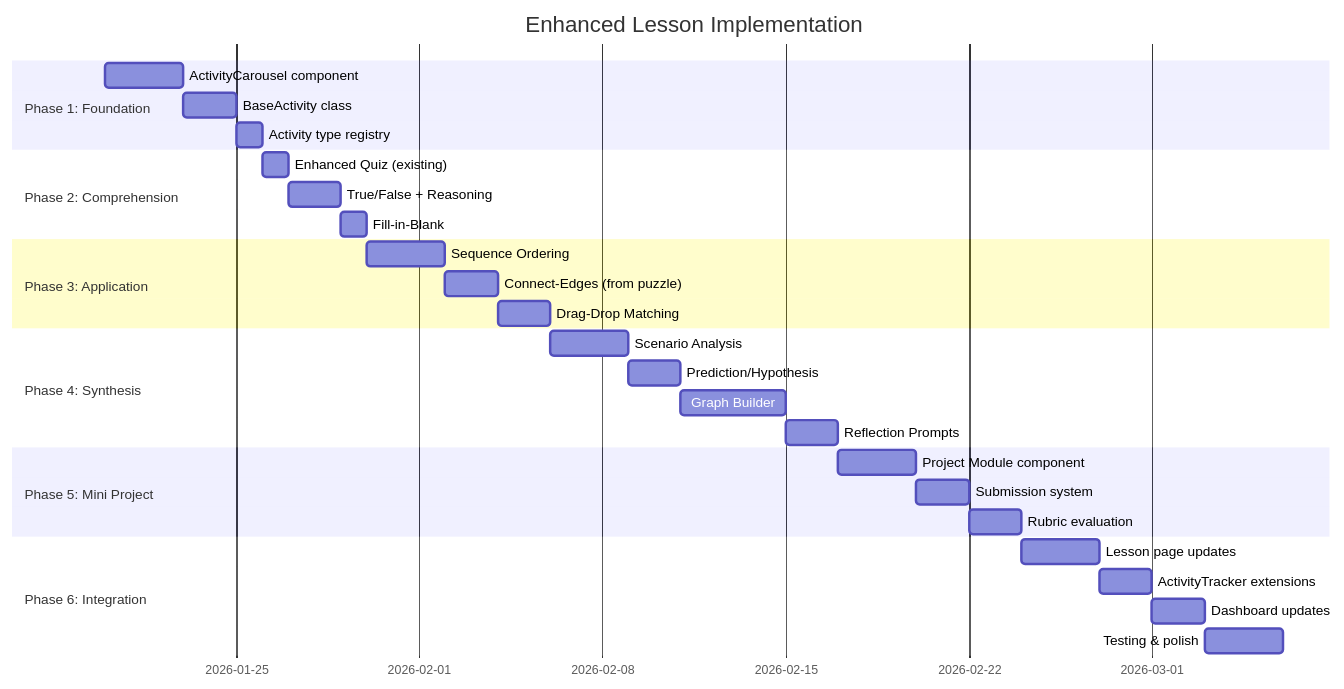
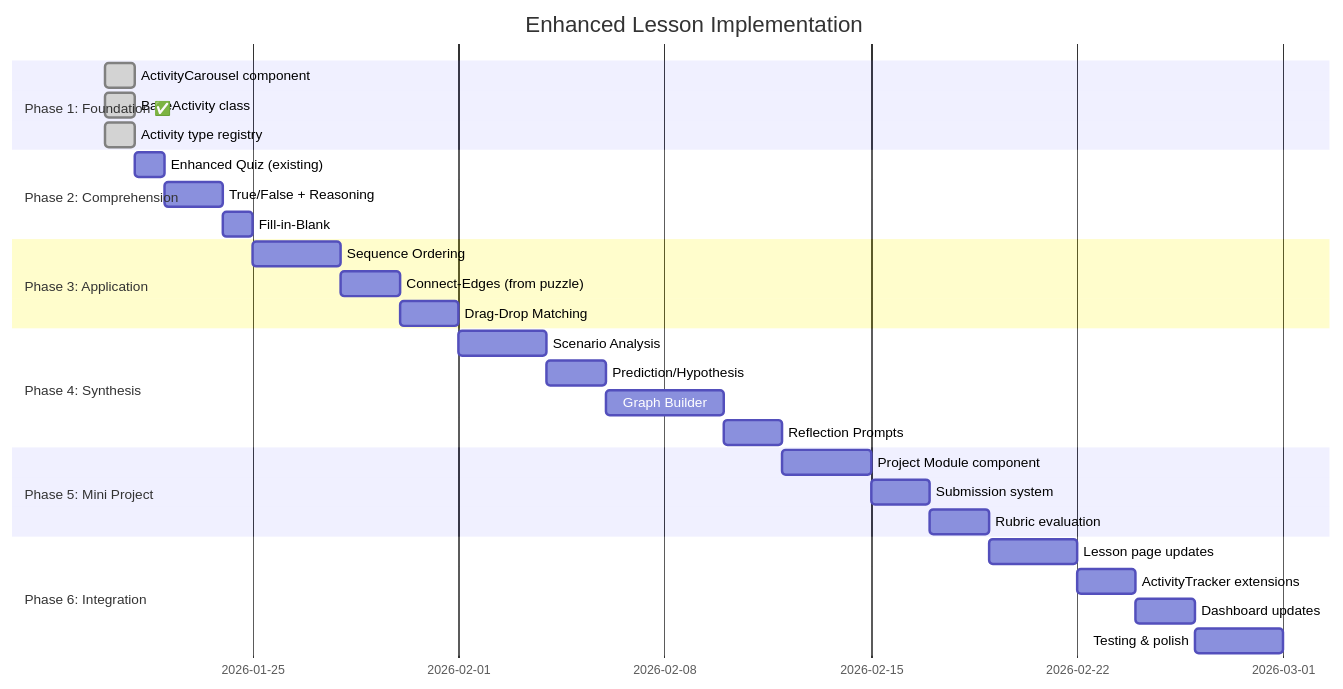
Before and after one commit to AutoNateAI/swe-hackers: diagram 18 of 19 in diagrams_and_docs/enhanced-lesson-architecture.md, drawn with Mermaid. The commit also changed other lines of this file, not shown here.

````diff
--- a/diagrams_and_docs/enhanced-lesson-architecture.md
+++ b/diagrams_and_docs/enhanced-lesson-architecture.md
@@ -1035,37 +1127,37 @@
 ```mermaid
 gantt
     title Enhanced Lesson Implementation
     dateFormat YYYY-MM-DD
     
-    section Phase 1: Foundation
-    ActivityCarousel component    :p1a, 2026-01-20, 3d
-    BaseActivity class            :p1b, after p1a, 2d
-    Activity type registry        :p1c, after p1b, 1d
+    section Phase 1: Foundation ✅
+    ActivityCarousel component    :done, p1a, 2026-01-20, 1d
+    BaseActivity class            :done, p1b, 2026-01-20, 1d
+    Activity type registry        :done, p1c, 2026-01-20, 1d
     
     section Phase 2: Comprehension
     Enhanced Quiz (existing)      :p2a, after p1c, 1d
     True/False + Reasoning        :p2b, after p2a, 2d
     Fill-in-Blank                 :p2c, after p2b, 1d
     
     section Phase 3: Application
     Sequence Ordering             :p3a, after p2c, 3d
     Connect-Edges (from puzzle)   :p3b, after p3a, 2d
     Drag-Drop Matching            :p3c, after p3b, 2d
     
     section Phase 4: Synthesis
     Scenario Analysis             :p4a, after p3c, 3d
     Prediction/Hypothesis         :p4b, after p4a, 2d
     Graph Builder                 :p4c, after p4b, 4d
     Reflection Prompts            :p4d, after p4c, 2d
     
     section Phase 5: Mini Project
     Project Module component      :p5a, after p4d, 3d
     Submission system             :p5b, after p5a, 2d
     Rubric evaluation             :p5c, after p5b, 2d
     
     section Phase 6: Integration
     Lesson page updates           :p6a, after p5c, 3d
     ActivityTracker extensions    :p6b, after p6a, 2d
     Dashboard updates             :p6c, after p6b, 2d
     Testing & polish              :p6d, after p6c, 3d
 ```
````
